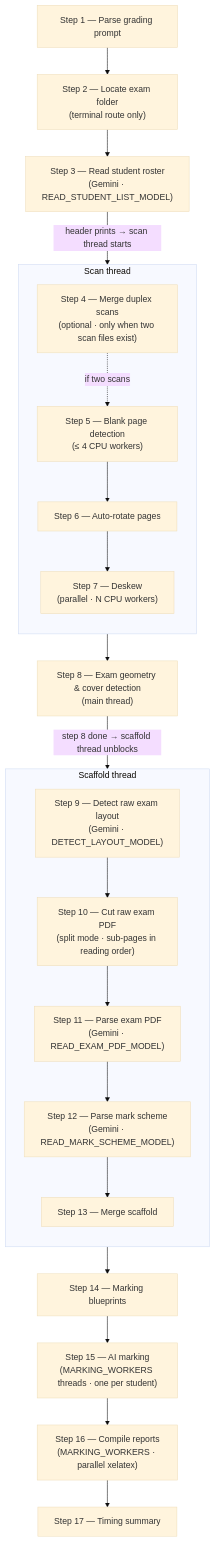
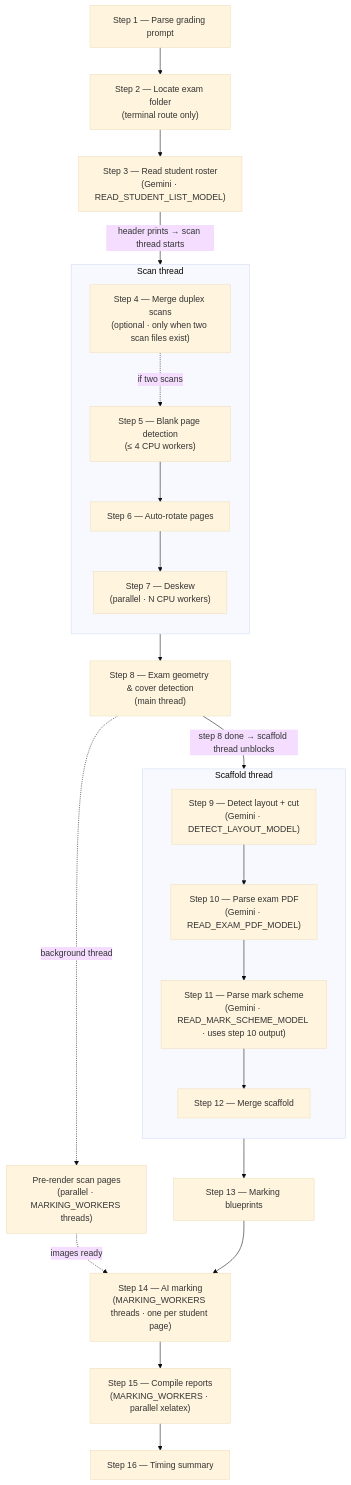
One commit to JoschkaKoen/IGCSE-Exercise-Sheet-Generator-1 changed the third of 3 diagrams in README.md. Above: the diagram before and after it, drawn with Mermaid (base theme). The commit also changed other lines of this file and 2 other files, not shown here.

Commit message:
README: pipeline steps 8–16 + bg pre-render; ai_mark: blueprint by scan page p_label; ok_line on prerender

````diff
--- a/README.md
+++ b/README.md
@@ -154,38 +158,39 @@
 ```mermaid
 flowchart TD
     s1["Step 1 — Parse grading prompt"]
     s2["Step 2 — Locate exam folder\n(terminal route only)"]
     s3["Step 3 — Read student roster\n(Gemini · READ_STUDENT_LIST_MODEL)"]
     s1 --> s2 --> s3
 
     s3 -->|"header prints → scan thread starts"| s4
 
     subgraph scan ["Scan thread"]
         direction TB
         s4["Step 4 — Merge duplex scans\n(optional · only when two scan files exist)"]
         s5["Step 5 — Blank page detection\n(≤ 4 CPU workers)"]
         s6["Step 6 — Auto-rotate pages"]
         s7["Step 7 — Deskew\n(parallel · N CPU workers)"]
         s4 -.->|if two scans| s5
         s5 --> s6 --> s7
     end
 
     s7 --> s8["Step 8 — Exam geometry & cover detection\n(main thread)"]
 
     s8 -->|"step 8 done → scaffold thread unblocks"| s9
+    s8 -.->|"background thread"| bg["Pre-render scan pages\n(parallel · MARKING_WORKERS threads)"]
 
     subgraph scaffold ["Scaffold thread"]
         direction TB
-        s9["Step 9 — Detect raw exam layout\n(Gemini · DETECT_LAYOUT_MODEL)"]
-        s10["Step 10 — Cut raw exam PDF\n(split mode · sub-pages in reading order)"]
-        s11["Step 11 — Parse exam PDF\n(Gemini · READ_EXAM_PDF_MODEL)"]
-        s12["Step 12 — Parse mark scheme\n(Gemini · READ_MARK_SCHEME_MODEL)"]
-        s13["Step 13 — Merge scaffold"]
-        s9 --> s10 --> s11 --> s12 --> s13
+        s9["Step 9 — Detect layout + cut\n(Gemini · DETECT_LAYOUT_MODEL)"]
+        s10["Step 10 — Parse exam PDF\n(Gemini · READ_EXAM_PDF_MODEL)"]
+        s11["Step 11 — Parse mark scheme\n(Gemini · READ_MARK_SCHEME_MODEL · uses step 10 output)"]
+        s12["Step 12 — Merge scaffold"]
+        s9 --> s10 --> s11 --> s12
     end
 
-    s13 --> s14["Step 14 — Marking blueprints"]
-    s14 --> s15["Step 15 — AI marking\n(MARKING_WORKERS threads · one per student)"]
-    s15 --> s16["Step 16 — Compile reports\n(MARKING_WORKERS · parallel xelatex)"]
-    s16 --> s17["Step 17 — Timing summary"]
+    s12 --> s13["Step 13 — Marking blueprints"]
+    bg -.->|"images ready"| s14
+    s13 --> s14["Step 14 — AI marking\n(MARKING_WORKERS threads · one per student page)"]
+    s14 --> s15["Step 15 — Compile reports\n(MARKING_WORKERS · parallel xelatex)"]
+    s15 --> s16["Step 16 — Timing summary"]
 ```
````
